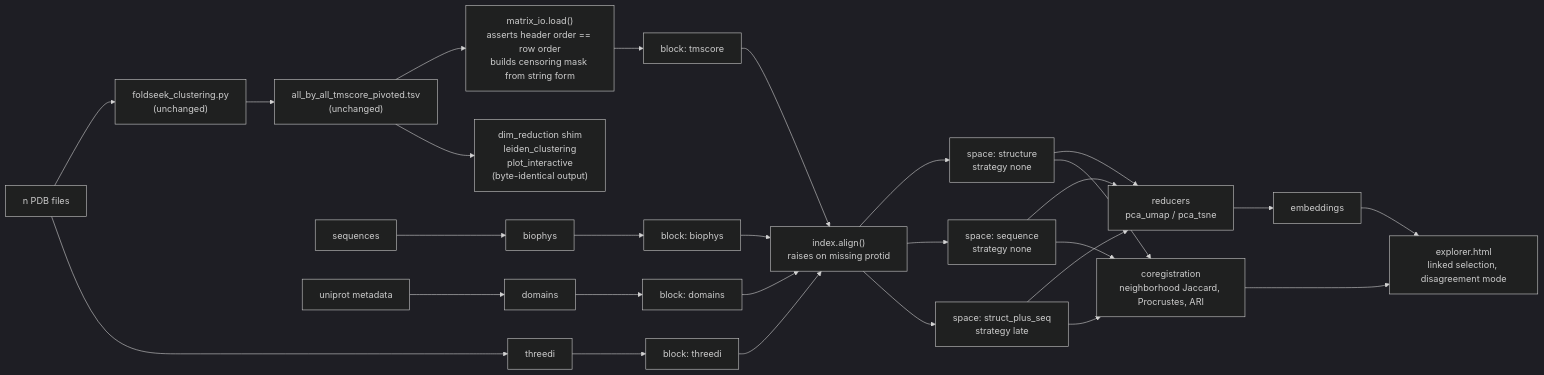
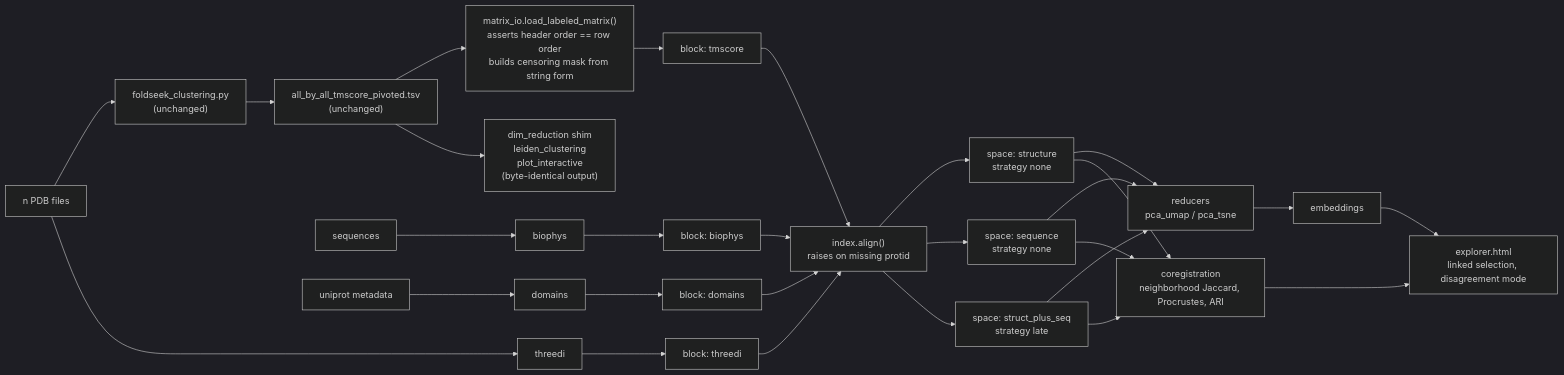
The diagram in docs/ARCHITECTURE.md (mrubash1/ProteinCartography), drawn with Mermaid (dark theme) before and after one commit. The commit also changed other lines of this file and 2 other files, not shown here.

````diff
--- a/docs/ARCHITECTURE.md
+++ b/docs/ARCHITECTURE.md
@@ -113,29 +116,29 @@
 ```mermaid
 flowchart LR
     PDB["n PDB files"] --> TMP["foldseek_clustering.py<br/>(unchanged)"]
     TMP --> MAT["all_by_all_tmscore_pivoted.tsv<br/>(unchanged)"]
 
-    MAT --> MIO["matrix_io.load()<br/>asserts header order == row order<br/>builds censoring mask from string form"]
+    MAT --> MIO["matrix_io.load_labeled_matrix()<br/>asserts header order == row order<br/>builds censoring mask from string form"]
     PDB --> B2["threedi"]
     SEQ["sequences"] --> B3["biophys"]
     META["uniprot metadata"] --> B4["domains"]
 
     MIO --> BL1["block: tmscore"]
     B2 --> BL2["block: threedi"]
     B3 --> BL3["block: biophys"]
     B4 --> BL4["block: domains"]
 
     BL1 & BL2 & BL3 & BL4 --> IDX["index.align()<br/>raises on missing protid"]
 
     IDX --> SP1["space: structure<br/>strategy none"]
     IDX --> SP2["space: sequence<br/>strategy none"]
     IDX --> SP3["space: struct_plus_seq<br/>strategy late"]
 
     SP1 & SP2 & SP3 --> RED["reducers<br/>pca_umap / pca_tsne"]
     RED --> EMB["embeddings"]
 
     SP1 & SP2 & SP3 --> XS["coregistration<br/>neighborhood Jaccard, Procrustes, ARI"]
     EMB & XS --> EXP["explorer.html<br/>linked selection, disagreement mode"]
 
     MAT --> LEGACY["dim_reduction shim<br/>leiden_clustering<br/>plot_interactive<br/>(byte-identical output)"]
 ```
````
